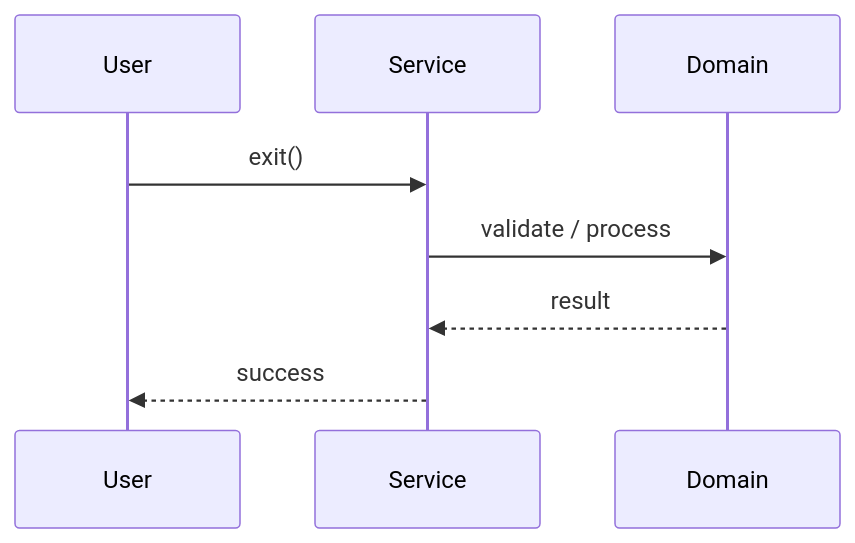
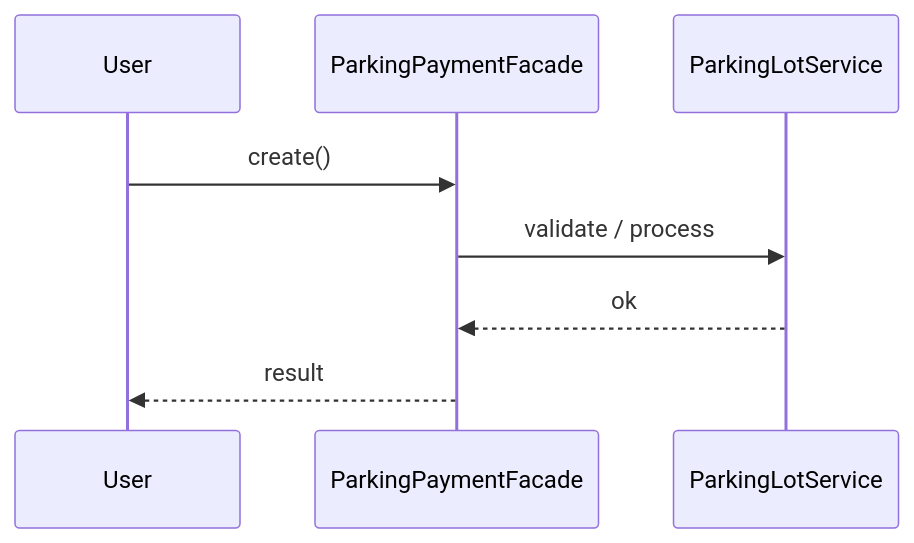
The second of 3 diagrams in Learn/System Design - Low Level Design/03-design-patterns/questions/Q25-combo-parking-payment.md (madhupaila/Interview-Prep-SSE), drawn with Mermaid before and after one commit. The commit also changed other lines of this file and 491 other files, not shown here.

````diff
--- a/Learn/System Design - Low Level Design/03-design-patterns/questions/Q25-combo-parking-payment.md
+++ b/Learn/System Design - Low Level Design/03-design-patterns/questions/Q25-combo-parking-payment.md
@@ -121,10 +151,10 @@
 ```mermaid
 sequenceDiagram
-    participant U as User
-    participant S as Service
-    participant D as Domain
-    U->>S: exit()
-    S->>D: validate / process
-    D-->>S: result
-    S-->>U: success
+participant U as User
+participant S as ParkingPaymentFacade
+participant D as ParkingLotService
+U->>S: create()
+S->>D: validate / process
+D-->>S: ok
+S-->>U: result
 ```
````
